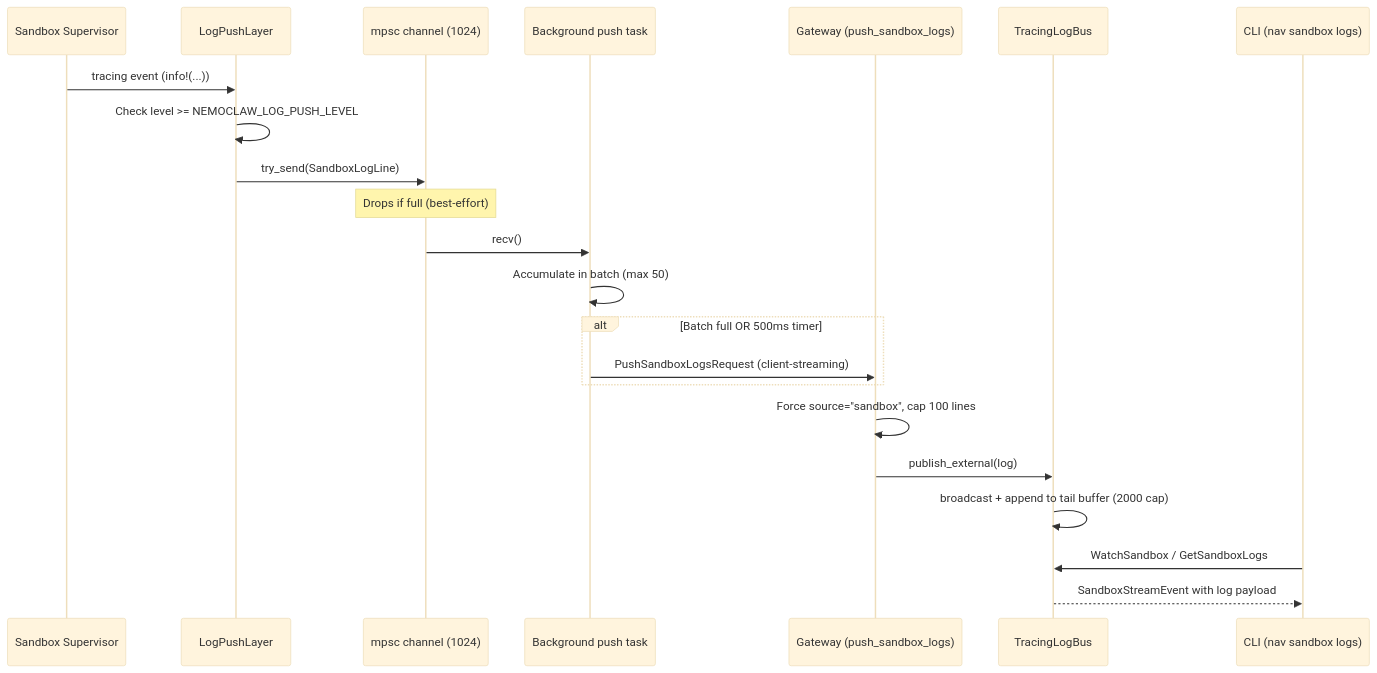
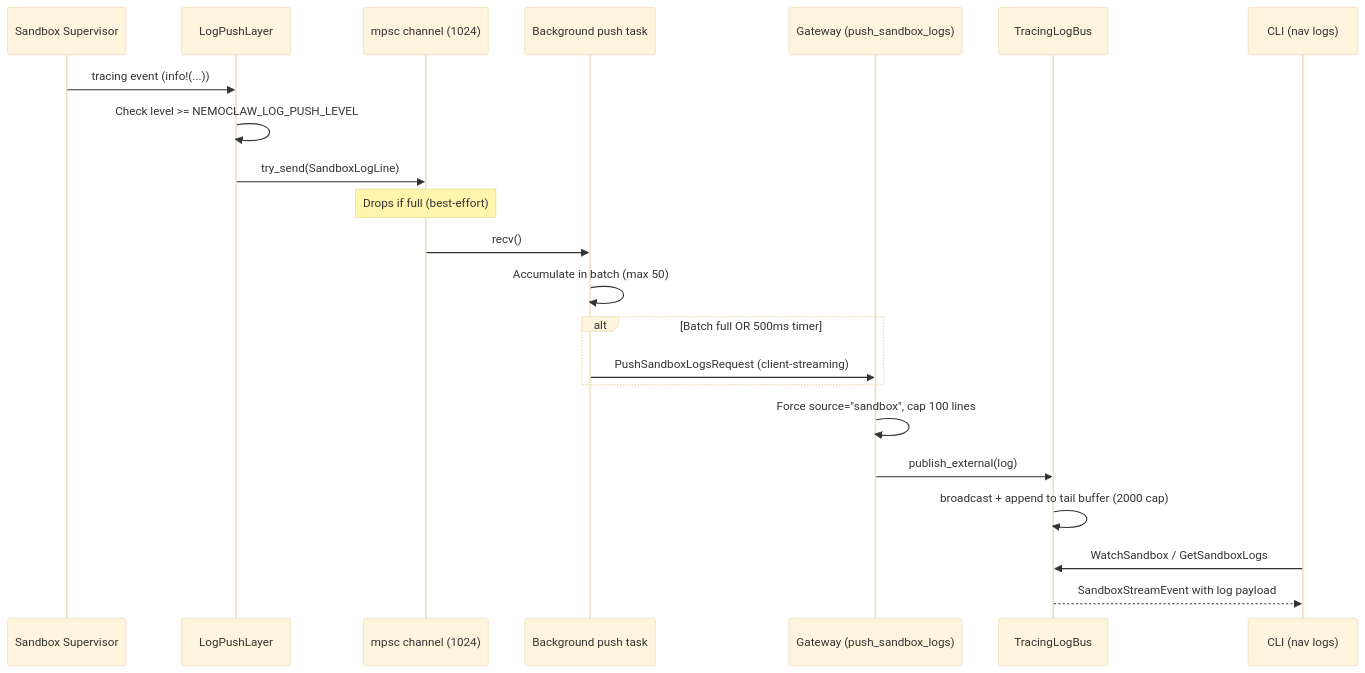
One commit to NVIDIA/OpenShell changed the tenth of 10 diagrams in architecture/sandbox.md. Above: the diagram before and after it, drawn with Mermaid (base theme). The commit also changed other lines of this file and 24 other files, not shown here.

````diff
--- a/architecture/sandbox.md
+++ b/architecture/sandbox.md
@@ -1314,25 +1314,25 @@
 ```mermaid
 sequenceDiagram
     participant SB as Sandbox Supervisor
     participant LP as LogPushLayer
     participant CH as mpsc channel (1024)
     participant BG as Background push task
     participant GW as Gateway (push_sandbox_logs)
     participant TB as TracingLogBus
-    participant CL as CLI (nav sandbox logs)
+    participant CL as CLI (nav logs)
 
     SB->>LP: tracing event (info!(...))
     LP->>LP: Check level >= NEMOCLAW_LOG_PUSH_LEVEL
     LP->>CH: try_send(SandboxLogLine)
     Note over CH: Drops if full (best-effort)
     CH->>BG: recv()
     BG->>BG: Accumulate in batch (max 50)
     alt Batch full OR 500ms timer
         BG->>GW: PushSandboxLogsRequest (client-streaming)
     end
     GW->>GW: Force source="sandbox", cap 100 lines
     GW->>TB: publish_external(log)
     TB->>TB: broadcast + append to tail buffer (2000 cap)
     CL->>TB: WatchSandbox / GetSandboxLogs
     TB-->>CL: SandboxStreamEvent with log payload
 ```
````
